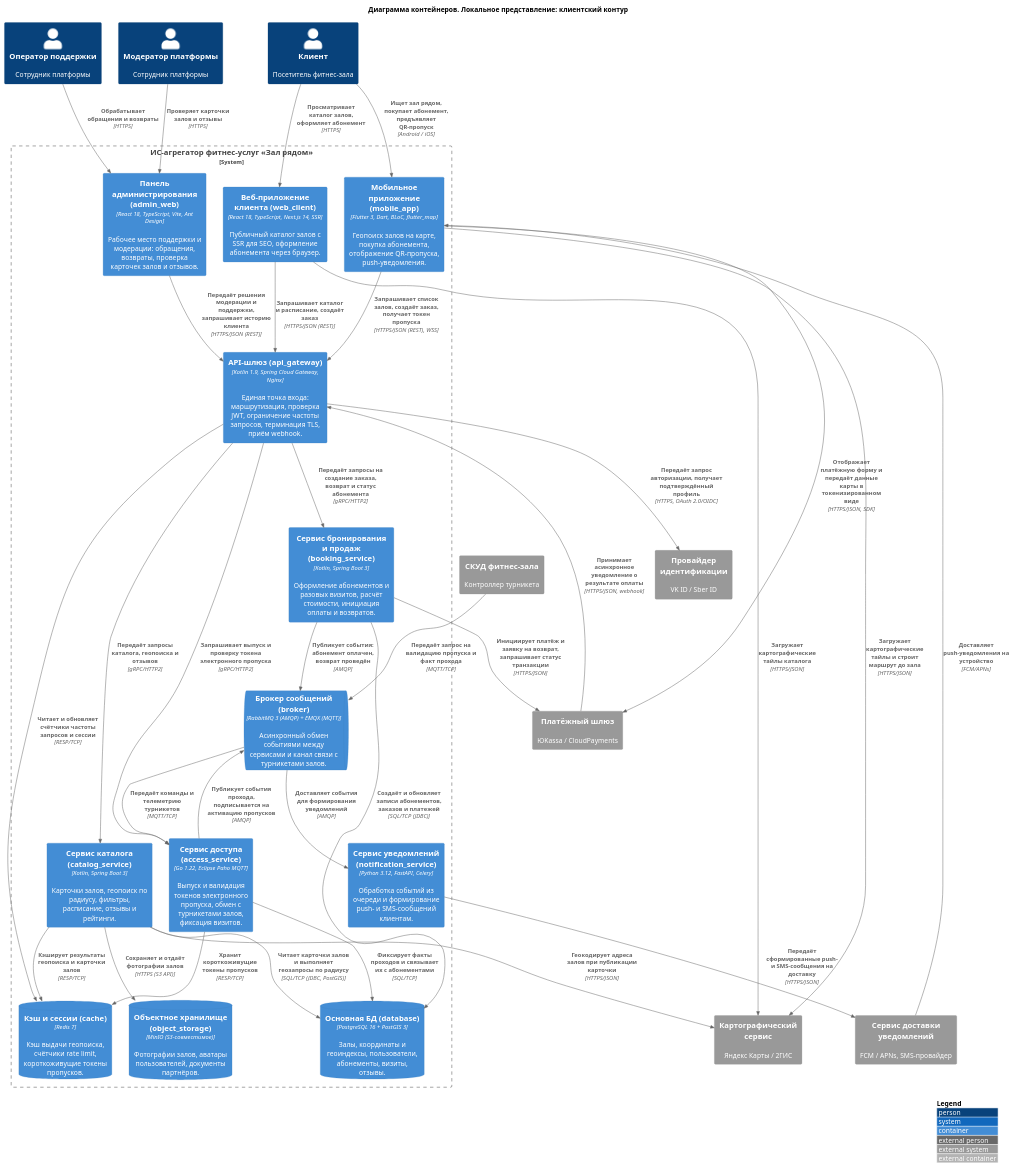
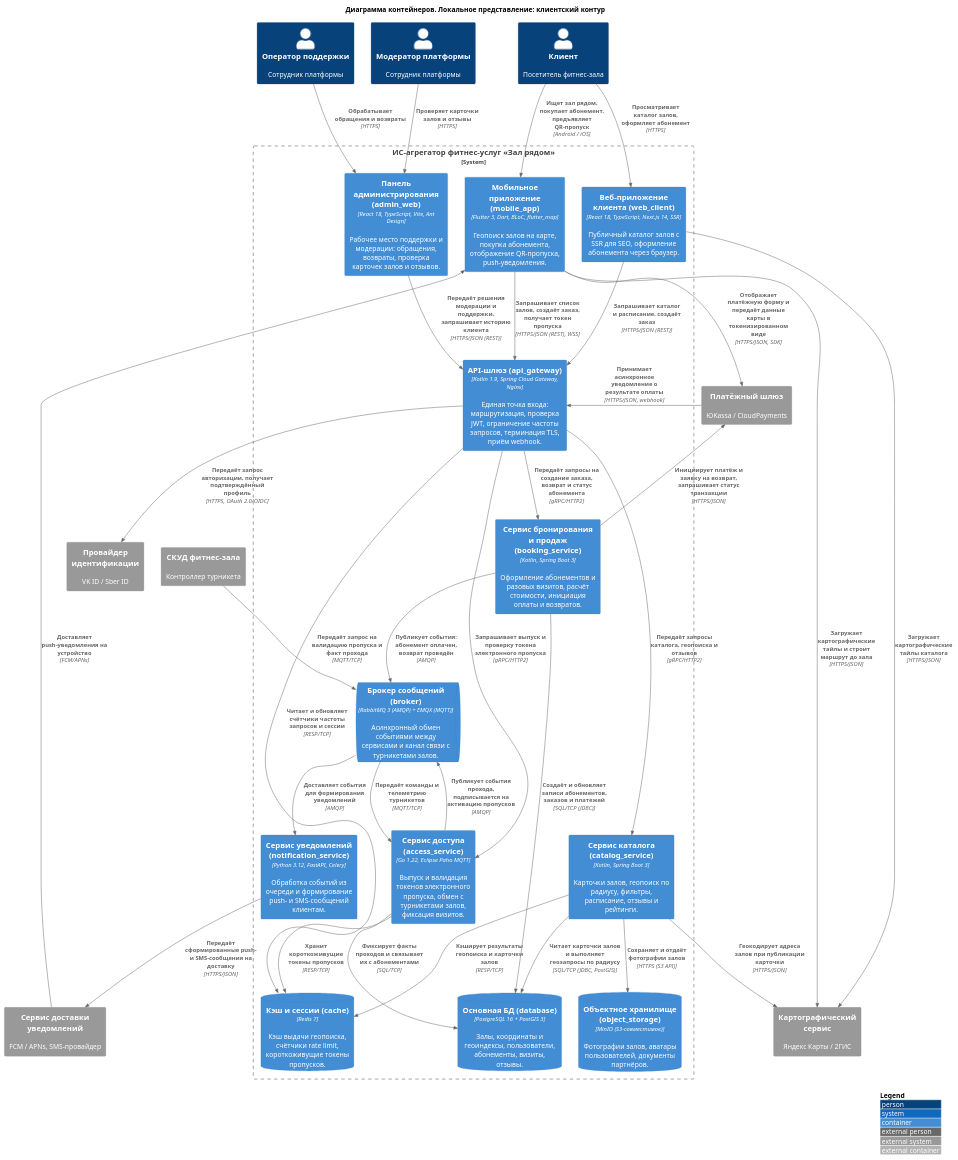
The diagram in src/local/Osipov_Ilya/L2_container_frontend.puml (lamtfey11/ISIT-project-gym-aggregator), drawn with PlantUML before and after one commit.

Commit message:
Fix relationship direction for payment notification

```diff
--- a/src/local/Osipov_Ilya/L2_container_frontend.puml
+++ b/src/local/Osipov_Ilya/L2_container_frontend.puml
@@ -1,96 +1,96 @@
 @startuml container_local_ilya
 ' ЛР2. Диаграмма контейнеров (C4, Level 2)
 ' Локальное представление: клиентская (frontend) точка зрения
 ' Проект: ИС-агрегатор фитнес-услуг "Зал рядом"
 
 ' Если нет доступа в интернет — скачай C4-PlantUML локально
 ' и замени строку ниже на: !include ./C4/C4_Container.puml
 !include https://raw.githubusercontent.com/plantuml-stdlib/C4-PlantUML/master/C4_Container.puml
 
 title Диаграмма контейнеров. Локальное представление: клиентский контур
 
 LAYOUT_WITH_LEGEND()
 LAYOUT_TOP_DOWN()
 
 ' ---------- ПЕРСОНЫ ----------
 Person(client, "Клиент", "Посетитель фитнес-зала")
 Person(support, "Оператор поддержки", "Сотрудник платформы")
 Person(moderator, "Модератор платформы", "Сотрудник платформы")
 
 ' ---------- ГРАНИЦА ПРОЕКТИРУЕМОЙ СИСТЕМЫ ----------
 System_Boundary(aggregator, "ИС-агрегатор фитнес-услуг «Зал рядом»") {
 
     ' --- Клиентские приложения ---
     Container(mobile_app, "Мобильное приложение (mobile_app)", "Flutter 3, Dart, BLoC, flutter_map", "Геопоиск залов на карте, покупка абонемента, отображение QR-пропуска, push-уведомления.")
     Container(web_client, "Веб-приложение клиента (web_client)", "React 18, TypeScript, Next.js 14, SSR", "Публичный каталог залов с SSR для SEO, оформление абонемента через браузер.")
     Container(admin_web, "Панель администрирования (admin_web)", "React 18, TypeScript, Vite, Ant Design", "Рабочее место поддержки и модерации: обращения, возвраты, проверка карточек залов и отзывов.")
 
     ' --- Шлюз ---
     Container(api_gateway, "API-шлюз (api_gateway)", "Kotlin 1.9, Spring Cloud Gateway, Nginx", "Единая точка входа: маршрутизация, проверка JWT, ограничение частоты запросов, терминация TLS, приём webhook.")
 
     ' --- Бэкенд-сервисы ---
     Container(catalog_service, "Сервис каталога (catalog_service)", "Kotlin, Spring Boot 3", "Карточки залов, геопоиск по радиусу, фильтры, расписание, отзывы и рейтинги.")
     Container(booking_service, "Сервис бронирования и продаж (booking_service)", "Kotlin, Spring Boot 3", "Оформление абонементов и разовых визитов, расчёт стоимости, инициация оплаты и возвратов.")
     Container(access_service, "Сервис доступа (access_service)", "Go 1.22, Eclipse Paho MQTT", "Выпуск и валидация токенов электронного пропуска, обмен с турникетами залов, фиксация визитов.")
     Container(notification_service, "Сервис уведомлений (notification_service)", "Python 3.12, FastAPI, Celery", "Обработка событий из очереди и формирование push- и SMS-сообщений клиентам.")
 
     ' --- Данные и инфраструктура ---
     ContainerDb(database, "Основная БД (database)", "PostgreSQL 16 + PostGIS 3", "Залы, координаты и геоиндексы, пользователи, абонементы, визиты, отзывы.")
     ContainerDb(cache, "Кэш и сессии (cache)", "Redis 7", "Кэш выдачи геопоиска, счётчики rate limit, короткоживущие токены пропусков.")
     ContainerQueue(broker, "Брокер сообщений (broker)", "RabbitMQ 3 (AMQP) + EMQX (MQTT)", "Асинхронный обмен событиями между сервисами и канал связи с турникетами залов.")
     ContainerDb(object_storage, "Объектное хранилище (object_storage)", "MinIO (S3-совместимое)", "Фотографии залов, аватары пользователей, документы партнёров.")
 }
 
 ' ---------- ВНЕШНИЕ СИСТЕМЫ ----------
 System_Ext(maps, "Картографический сервис", "Яндекс Карты / 2ГИС")
 System_Ext(idp, "Провайдер идентификации", "VK ID / Sber ID")
 System_Ext(payment, "Платёжный шлюз", "ЮKassa / CloudPayments")
 System_Ext(notify_ext, "Сервис доставки уведомлений", "FCM / APNs, SMS-провайдер")
 System_Ext(acs, "СКУД фитнес-зала", "Контроллер турникета")
 
 ' ---------- ПЕРСОНЫ -> КЛИЕНТСКИЕ ПРИЛОЖЕНИЯ ----------
 Rel(client, mobile_app, "Ищет зал рядом, покупает абонемент, предъявляет QR-пропуск", "Android / iOS")
 Rel(client, web_client, "Просматривает каталог залов, оформляет абонемент", "HTTPS")
 Rel(support, admin_web, "Обрабатывает обращения и возвраты", "HTTPS")
 Rel(moderator, admin_web, "Проверяет карточки залов и отзывы", "HTTPS")
 
 ' ---------- КЛИЕНТСКИЕ ПРИЛОЖЕНИЯ -> ШЛЮЗ ----------
 Rel(mobile_app, api_gateway, "Запрашивает список залов, создаёт заказ, получает токен пропуска", "HTTPS/JSON (REST), WSS")
 Rel(web_client, api_gateway, "Запрашивает каталог и расписание, создаёт заказ", "HTTPS/JSON (REST)")
 Rel(admin_web, api_gateway, "Передаёт решения модерации и поддержки, запрашивает историю клиента", "HTTPS/JSON (REST)")
 
 ' ---------- КЛИЕНТСКИЕ ПРИЛОЖЕНИЯ -> ВНЕШНИЕ СИСТЕМЫ ----------
 Rel(mobile_app, maps, "Загружает картографические тайлы и строит маршрут до зала", "HTTPS/JSON")
 Rel(web_client, maps, "Загружает картографические тайлы каталога", "HTTPS/JSON")
 Rel(mobile_app, payment, "Отображает платёжную форму и передаёт данные карты в токенизированном виде", "HTTPS/JSON, SDK")
 Rel(notify_ext, mobile_app, "Доставляет push-уведомления на устройство", "FCM/APNs")
 
 ' ---------- ШЛЮЗ -> СЕРВИСЫ ----------
 Rel(api_gateway, catalog_service, "Передаёт запросы каталога, геопоиска и отзывов", "gRPC/HTTP2")
 Rel(api_gateway, booking_service, "Передаёт запросы на создание заказа, возврат и статус абонемента", "gRPC/HTTP2")
 Rel(api_gateway, access_service, "Запрашивает выпуск и проверку токена электронного пропуска", "gRPC/HTTP2")
 Rel(api_gateway, cache, "Читает и обновляет счётчики частоты запросов и сессии", "RESP/TCP")
 Rel(api_gateway, idp, "Передаёт запрос авторизации, получает подтверждённый профиль", "HTTPS, OAuth 2.0/OIDC")
-Rel_Back(api_gateway, payment, "Принимает асинхронное уведомление о результате оплаты", "HTTPS/JSON, webhook")
+Rel(payment, api_gateway, "Принимает асинхронное уведомление о результате оплаты", "HTTPS/JSON, webhook")
 
 ' ---------- СЕРВИСЫ -> ХРАНИЛИЩА ----------
 Rel(catalog_service, database, "Читает карточки залов и выполняет геозапросы по радиусу", "SQL/TCP (JDBC, PostGIS)")
 Rel(catalog_service, cache, "Кэширует результаты геопоиска и карточки залов", "RESP/TCP")
 Rel(catalog_service, object_storage, "Сохраняет и отдаёт фотографии залов", "HTTPS (S3 API)")
 Rel(booking_service, database, "Создаёт и обновляет записи абонементов, заказов и платежей", "SQL/TCP (JDBC)")
 Rel(access_service, database, "Фиксирует факты проходов и связывает их с абонементами", "SQL/TCP")
 Rel(access_service, cache, "Хранит короткоживущие токены пропусков", "RESP/TCP")
 
 ' ---------- АСИНХРОННОЕ ВЗАИМОДЕЙСТВИЕ ----------
 Rel(booking_service, broker, "Публикует события: абонемент оплачен, возврат проведён", "AMQP")
 Rel(access_service, broker, "Публикует события прохода, подписывается на активацию пропусков", "AMQP")
 Rel(broker, notification_service, "Доставляет события для формирования уведомлений", "AMQP")
 Rel(broker, access_service, "Передаёт команды и телеметрию турникетов", "MQTT/TCP")
 
 ' ---------- СЕРВИСЫ -> ВНЕШНИЕ СИСТЕМЫ ----------
 Rel(booking_service, payment, "Инициирует платёж и заявку на возврат, запрашивает статус транзакции", "HTTPS/JSON")
 Rel(notification_service, notify_ext, "Передаёт сформированные push- и SMS-сообщения на доставку", "HTTPS/JSON")
 Rel(catalog_service, maps, "Геокодирует адреса залов при публикации карточки", "HTTPS/JSON")
 Rel(acs, broker, "Передаёт запрос на валидацию пропуска и факт прохода", "MQTT/TCP")
 
 @enduml
```
